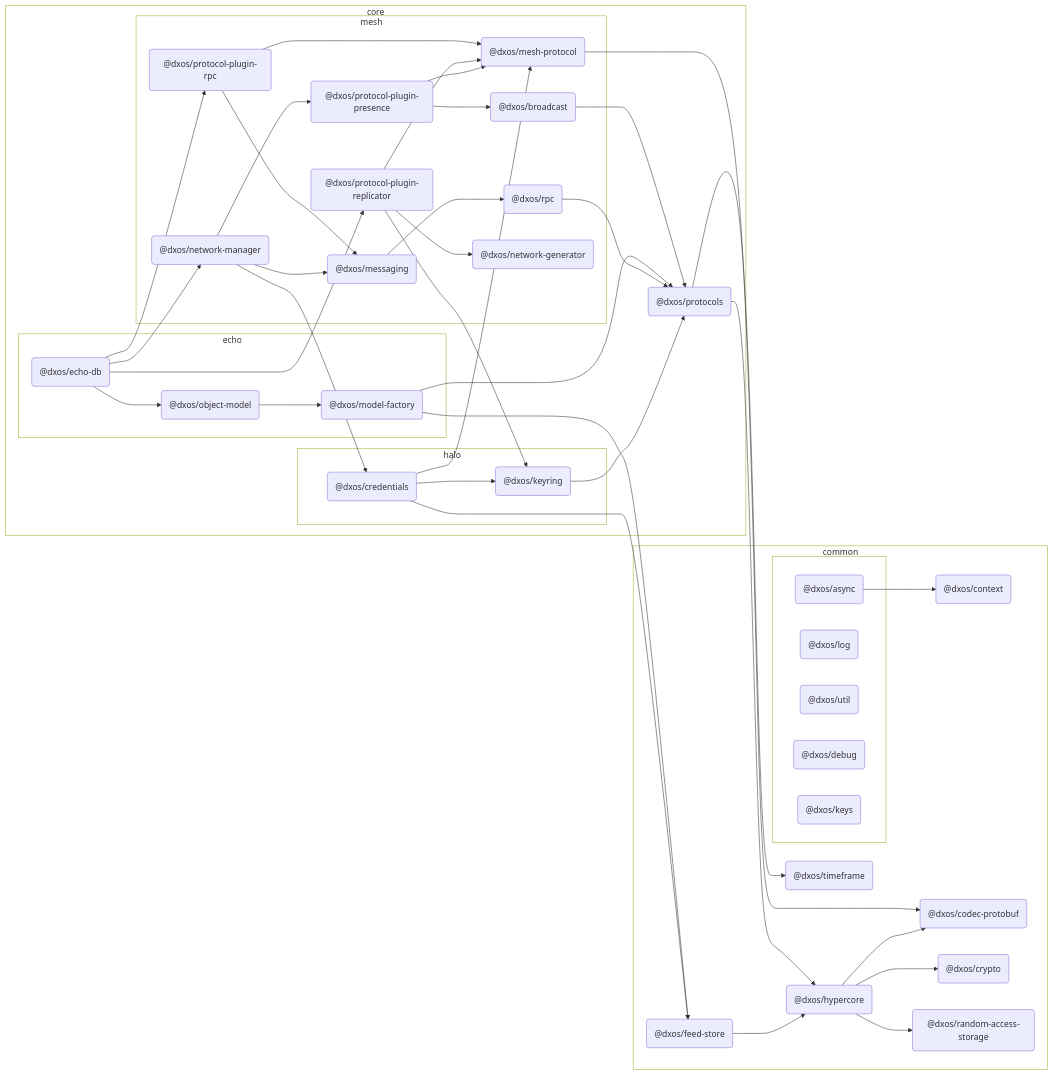
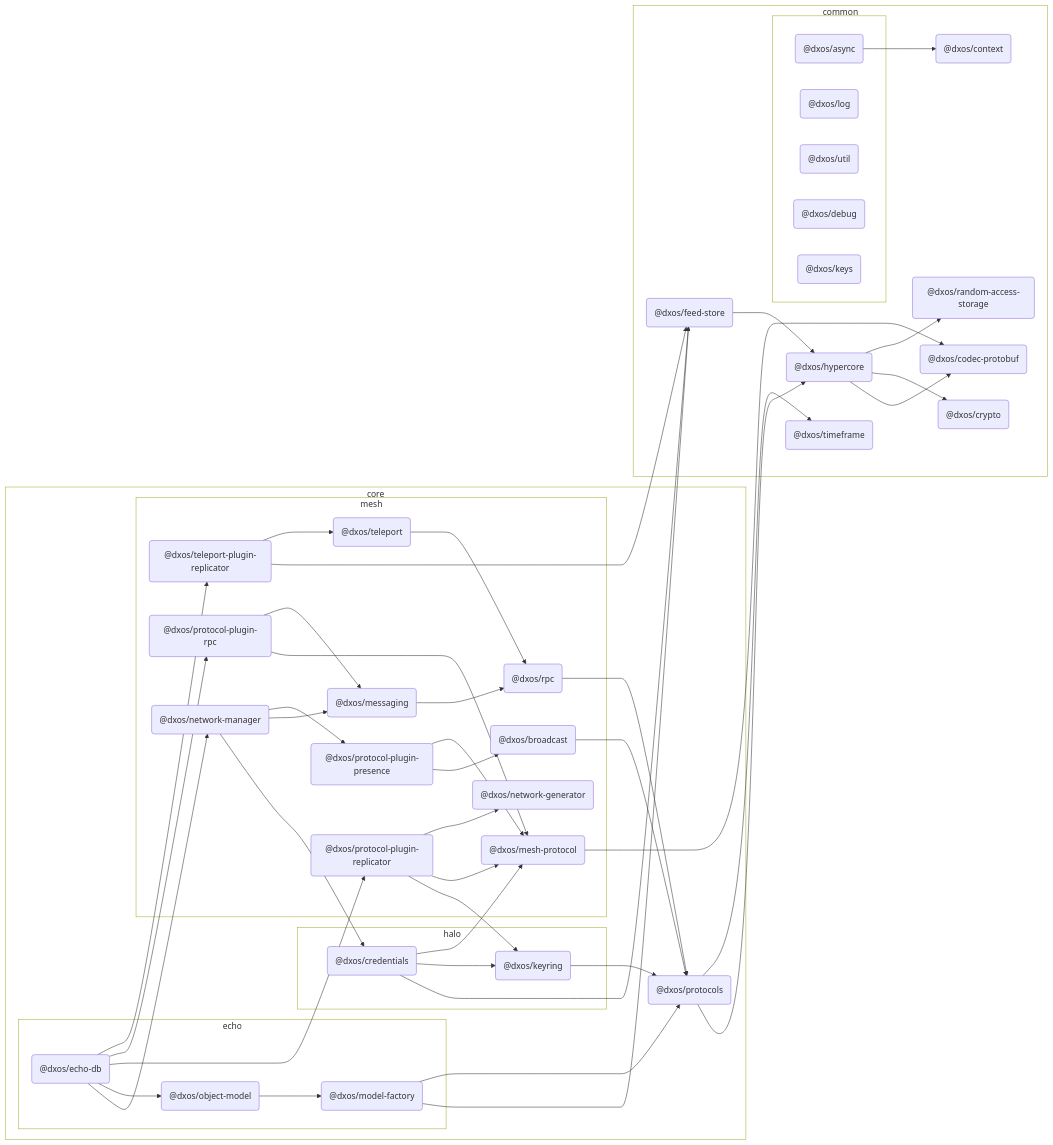
The fourth of 4 diagrams in packages/core/echo/echo-db/docs/README.md (dxos/dxos), drawn with Mermaid before and after one commit. The commit also changed other lines of this file and 41 other files, not shown here.

````diff
--- a/packages/core/echo/echo-db/docs/README.md
+++ b/packages/core/echo/echo-db/docs/README.md
@@ -180,6 +314,10 @@
     click dxos/network-generator "dxos/dxos/tree/main/packages/core/mesh/network-generator/docs"
     dxos/protocol-plugin-rpc("@dxos/protocol-plugin-rpc"):::def
     click dxos/protocol-plugin-rpc "dxos/dxos/tree/main/packages/core/mesh/protocol-plugin-rpc/docs"
+    dxos/teleport("@dxos/teleport"):::def
+    click dxos/teleport "dxos/dxos/tree/main/packages/core/mesh/teleport/docs"
+    dxos/teleport-plugin-replicator("@dxos/teleport-plugin-replicator"):::def
+    click dxos/teleport-plugin-replicator "dxos/dxos/tree/main/packages/core/mesh/teleport-plugin-replicator/docs"
   end
 end
 
@@ -248,4 +386,8 @@
 dxos/echo-db --> dxos/protocol-plugin-rpc
 dxos/protocol-plugin-rpc --> dxos/mesh-protocol
 dxos/protocol-plugin-rpc --> dxos/messaging
+dxos/teleport --> dxos/rpc
+dxos/echo-db --> dxos/teleport-plugin-replicator
+dxos/teleport-plugin-replicator --> dxos/feed-store
+dxos/teleport-plugin-replicator --> dxos/teleport
 ```
````
